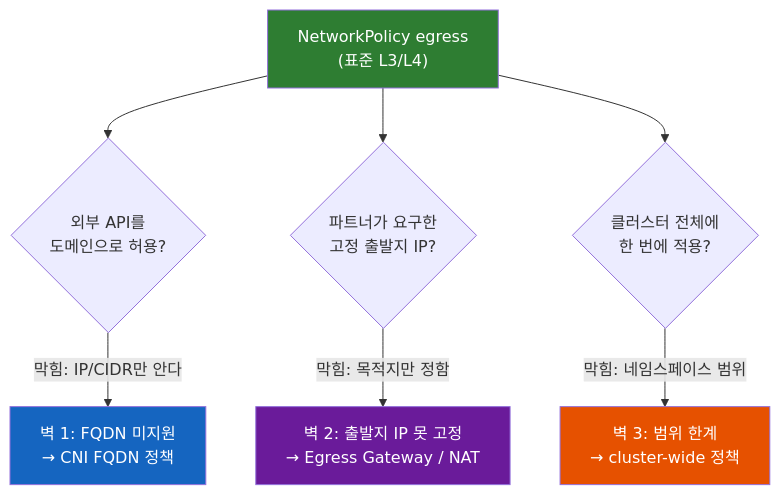
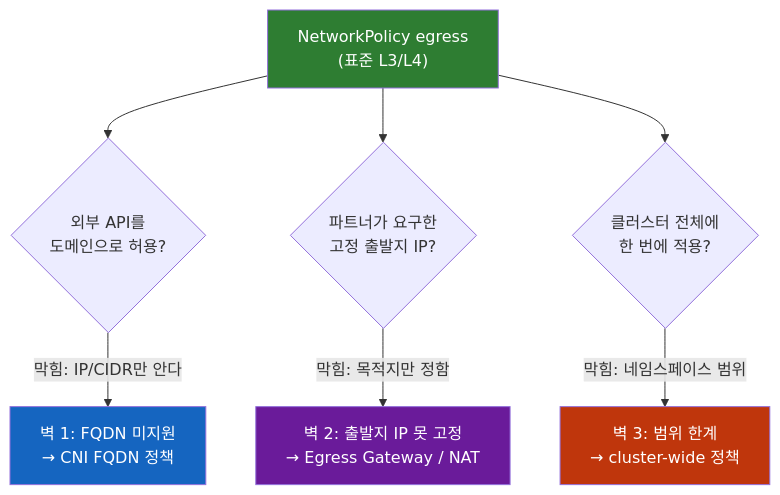
One commit to sskim91/TIL changed the first of 3 diagrams in kubernetes/Kubernetes-Egress-NetworkPolicy.md. Above: the diagram before and after it, drawn with Mermaid. The commit also changed other lines of this file and 39 other files, not shown here.

````diff
--- a/kubernetes/Kubernetes-Egress-NetworkPolicy.md
+++ b/kubernetes/Kubernetes-Egress-NetworkPolicy.md
@@ -17,15 +21,15 @@
 ```mermaid
 flowchart TB
     np["NetworkPolicy egress<br>(표준 L3/L4)"]
     np --> w1{"외부 API를<br>도메인으로 허용?"}
     w1 -->|"막힘: IP/CIDR만 안다"| s1["벽 1: FQDN 미지원<br>→ CNI FQDN 정책"]
     np --> w2{"파트너가 요구한<br>고정 출발지 IP?"}
     w2 -->|"막힘: 목적지만 정함"| s2["벽 2: 출발지 IP 못 고정<br>→ Egress Gateway / NAT"]
     np --> w3{"클러스터 전체에<br>한 번에 적용?"}
     w3 -->|"막힘: 네임스페이스 범위"| s3["벽 3: 범위 한계<br>→ cluster-wide 정책"]
 
     style np fill:#2E7D32,color:#fff
     style s1 fill:#1565C0,color:#fff
     style s2 fill:#6A1B9A,color:#fff
-    style s3 fill:#E65100,color:#fff
+    style s3 fill:#BF360C,color:#fff
 ```
````
